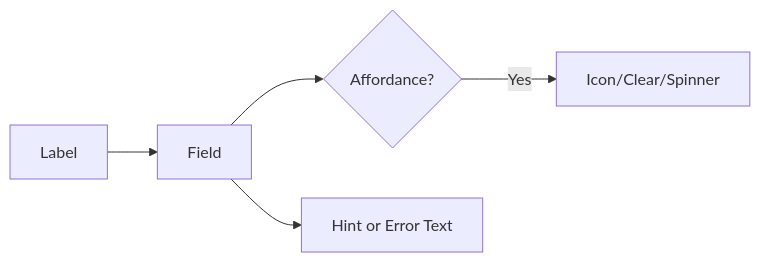
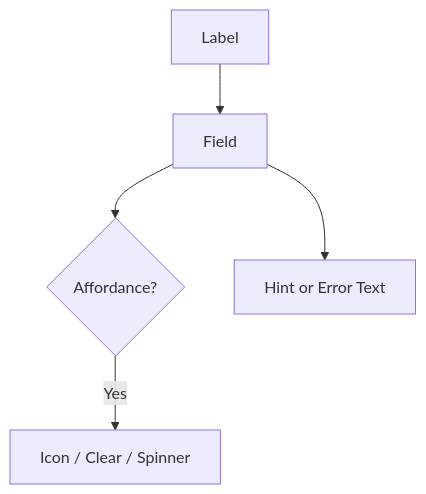
One commit to bartytime4life/Kansas-Frontier-Matrix changed the diagram in docs/design/mockups/figma/components/inputs/README.md. Above: the diagram before and after it, drawn with Mermaid. The commit also changed other lines of this file, not shown here.

`````diff
--- a/docs/design/mockups/figma/components/inputs/README.md
+++ b/docs/design/mockups/figma/components/inputs/README.md
@@ -82,7 +91,7 @@
 ```mermaid
-flowchart LR
+flowchart TD
   A[Label] --> B[Field]
   B --> C{Affordance?}
-  C -->|Yes| D[Icon/Clear/Spinner]
+  C -->|Yes| D[Icon / Clear / Spinner]
   B --> E[Hint or Error Text]
 ````
`````
